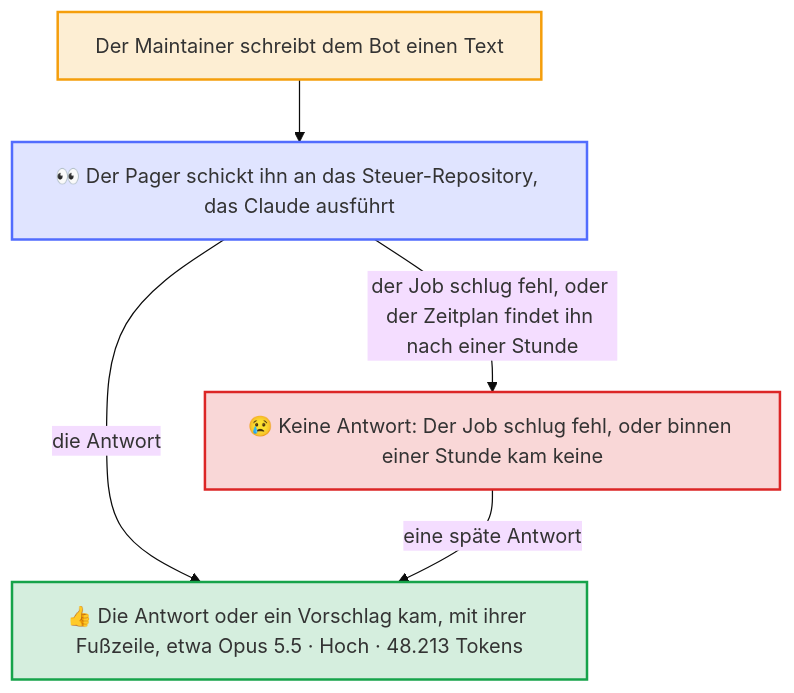
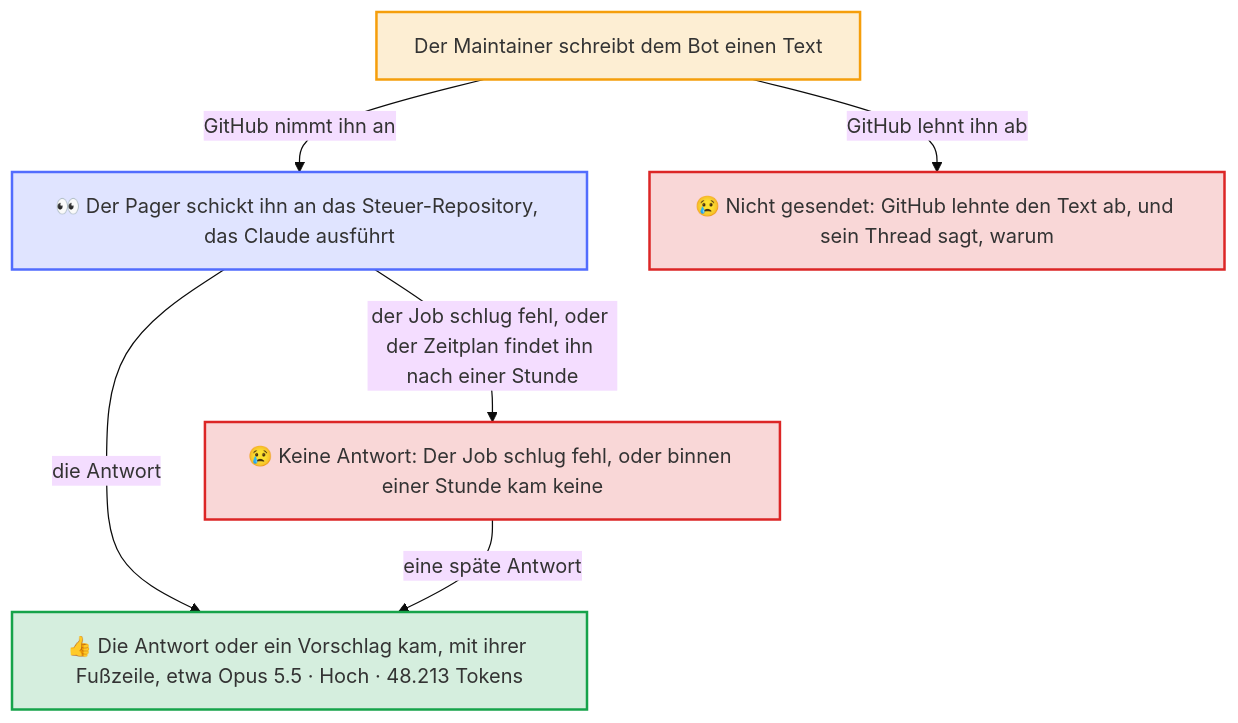
The diagram in docs/diagrams/the-reaction-on-a-text.de.mmd (Dennis-Otto/dennis-otto-pager), drawn with Mermaid (base theme) before and after one commit. The commit also changed 8 other files, not shown here.

First line of the commit message:
docs: the picture of the reaction on a text shows a text that GitHub refuses (#192)

```diff
--- a/docs/diagrams/the-reaction-on-a-text.de.mmd
+++ b/docs/diagrams/the-reaction-on-a-text.de.mmd
@@ -1,27 +1,29 @@
 ---
 config:
   flowchart:
     wrappingWidth: 400
 ---
 flowchart TB
     accTitle: Die Reaktion auf einen Text
-    accDescr: Der Maintainer schreibt dem Bot einen Text, und der Pager schickt ihn an das Steuer-Repository und reagiert mit 👀. Kommt die Antwort oder ein Vorschlag, wird aus dem 👀 ein 👍. Schlägt der Job fehl, wird es ein 😢, und ebenso, wenn binnen einer Stunde keine Antwort kam, was der Zeitplan alle 15 Minuten findet. Eine Antwort, die danach kommt, macht es trotzdem zum 👍.
+    accDescr: Der Maintainer schreibt dem Bot einen Text, und der Pager schickt ihn an das Steuer-Repository und reagiert mit 👀. Lehnt GitHub den Text ab, bekommt er stattdessen sofort ein 😢, und sein Thread sagt, warum. Kommt die Antwort oder ein Vorschlag, wird aus dem 👀 ein 👍. Schlägt der Job fehl, wird es ein 😢, und ebenso, wenn binnen einer Stunde keine Antwort kam, was der Zeitplan alle 15 Minuten findet. Eine Antwort, die danach kommt, macht es trotzdem zum 👍.
 
     dennis["Der Maintainer schreibt dem Bot einen Text"]
     taken["`**👀** Der Pager schickt ihn an das Steuer-Repository, das Claude ausführt`"]
     answered["`**👍** Die Antwort oder ein Vorschlag kam, mit ihrer Fußzeile, etwa Opus 5.5 · Hoch · 48.213 Tokens`"]
+    refused["`**😢** Nicht gesendet: GitHub lehnte den Text ab, und sein Thread sagt, warum`"]
     failed["`**😢** Keine Antwort: Der Job schlug fehl, oder binnen einer Stunde kam keine`"]
 
-    dennis --> taken
+    dennis -- "GitHub nimmt ihn an" --> taken
+    dennis -- "GitHub lehnt ihn ab" --> refused
     taken -- "die Antwort" --> answered
     taken -- "der Job schlug fehl, oder der Zeitplan findet ihn nach einer Stunde" --> failed
     failed -- "eine späte Antwort" --> answered
 
     classDef you fill:#f59e0b2e,stroke:#f59e0b,stroke-width:2px
     classDef bot fill:#526cfe2e,stroke:#526cfe,stroke-width:2px
     classDef done fill:#16a34a2e,stroke:#16a34a,stroke-width:2px
     classDef warn fill:#dc26262e,stroke:#dc2626,stroke-width:2px
     class dennis you
     class taken bot
     class answered done
-    class failed warn
+    class failed,refused warn
```
